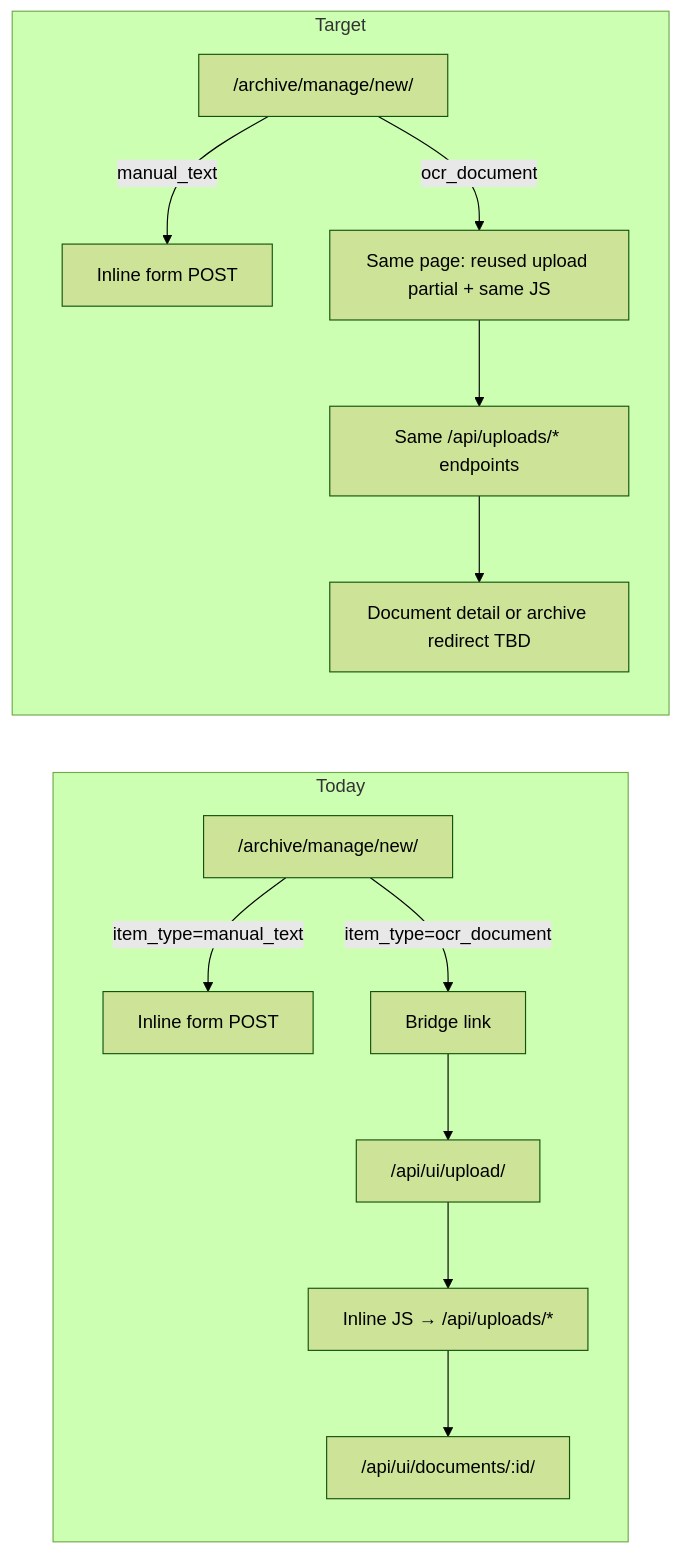
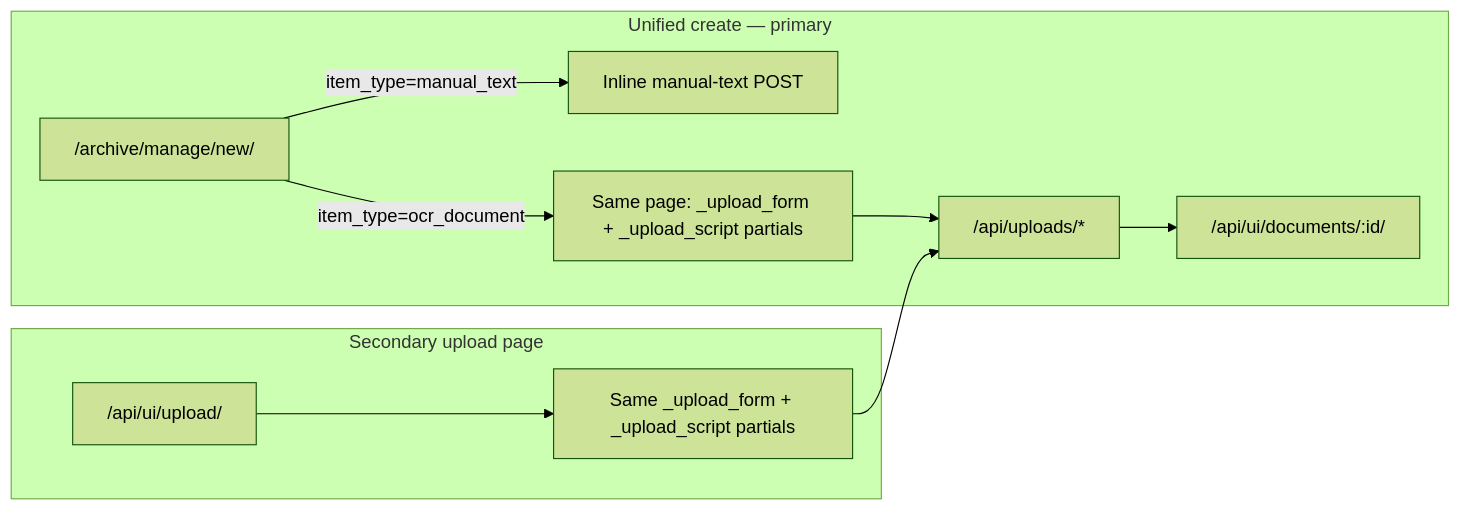
Before and after one commit to Yael-Shi/VS_Archive: the diagram in docs/ai-context/unified-ocr-upload-flow.md, drawn with Mermaid (forest theme). The commit also changed other lines of this file and 1 other file, not shown here.

Commit message:
Update unified OCR upload flow docs

````diff
--- a/docs/ai-context/unified-ocr-upload-flow.md
+++ b/docs/ai-context/unified-ocr-upload-flow.md
@@ -335,17 +276,14 @@
 ```mermaid
 flowchart LR
-  subgraph today [Today]
-    A["/archive/manage/new/"] -->|item_type=manual_text| B[Inline form POST]
-    A -->|item_type=ocr_document| C[Bridge link]
-    C --> D["/api/ui/upload/"]
-    D --> E["Inline JS → /api/uploads/*"]
-    E --> F["/api/ui/documents/:id/"]
+  subgraph unified [Unified create — primary]
+    A["/archive/manage/new/"] -->|item_type=manual_text| B[Inline manual-text POST]
+    A -->|item_type=ocr_document| C[Same page: _upload_form + _upload_script partials]
+    C --> D["/api/uploads/*"]
+    D --> E["/api/ui/documents/:id/"]
   end
 
-  subgraph target [Target]
-    G["/archive/manage/new/"] -->|manual_text| H[Inline form POST]
-    G -->|ocr_document| I[Same page: reused upload partial + same JS]
-    I --> J["Same /api/uploads/* endpoints"]
-    J --> K[Document detail or archive redirect TBD]
+  subgraph fallback [Secondary upload page]
+    F["/api/ui/upload/"] --> G[Same _upload_form + _upload_script partials]
+    G --> D
   end
 ```
````
